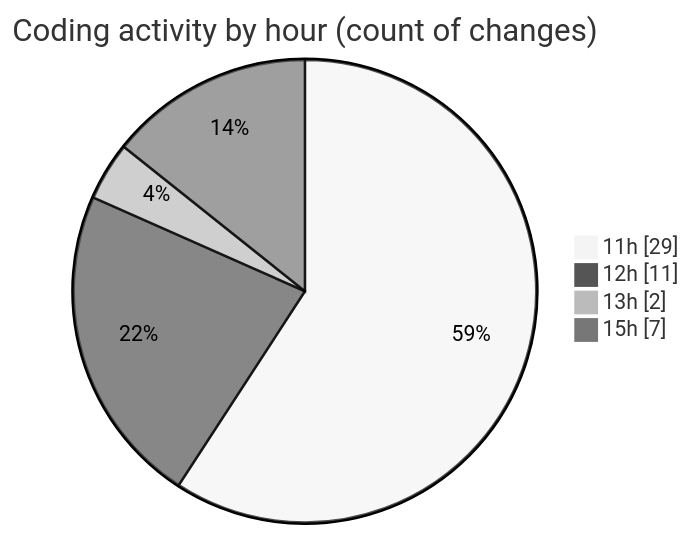
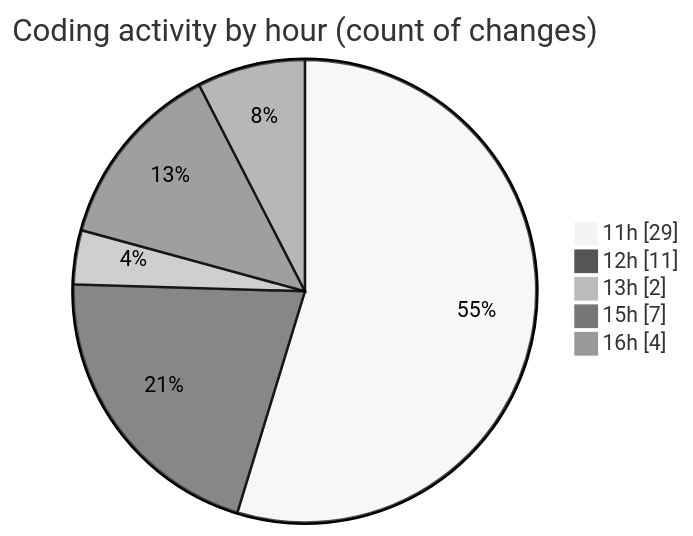
Before and after one commit to nxtqubesakshisongat/code-tracking: the second of 2 diagrams in 2025-11-05/nxtqube_webapp/README.md, drawn with Mermaid (neutral theme). The commit also changed other lines of this file and 1 other file, not shown here.

````diff
--- a/2025-11-05/nxtqube_webapp/README.md
+++ b/2025-11-05/nxtqube_webapp/README.md
@@ -37,8 +38,9 @@
 ```mermaid
 pie showData
 title Coding activity by hour (count of changes)
 "11h" : 29
 "12h" : 11
 "13h" : 2
 "15h" : 7
+"16h" : 4
 ```
````
